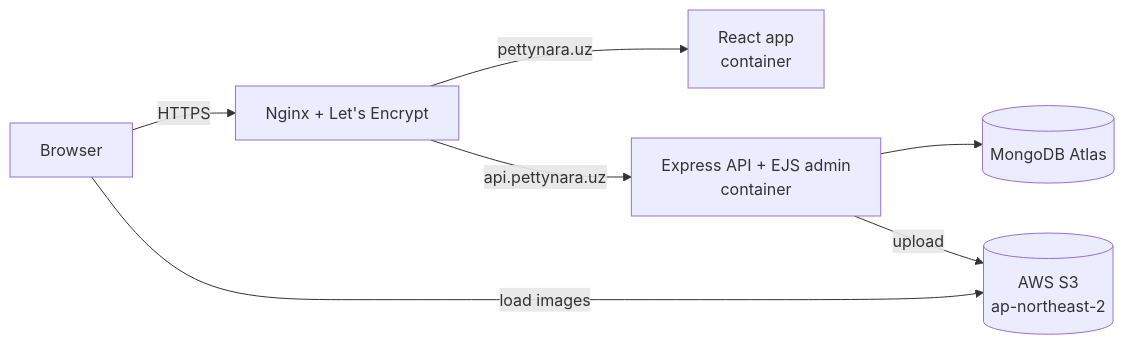
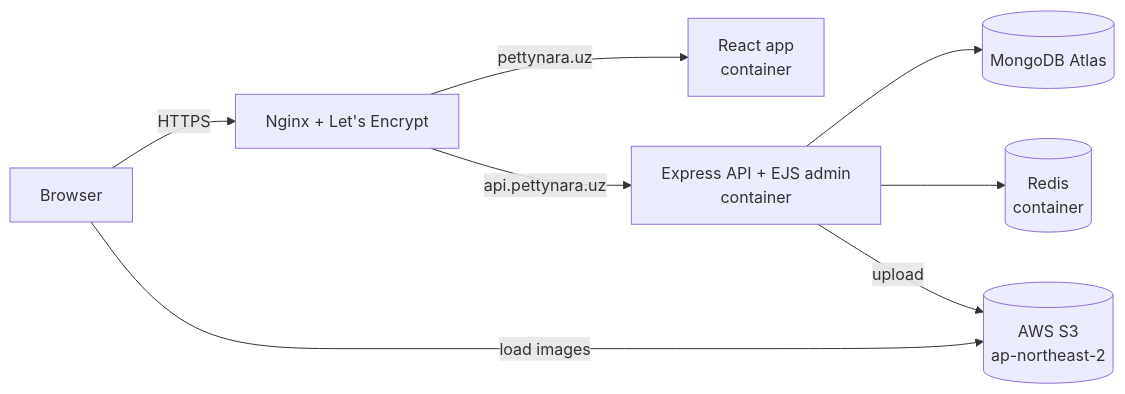
One commit to qazakhi515/pettynara changed the diagram in README.md. Above: the diagram before and after it, drawn with Mermaid. The commit also changed other lines of this file and 20 other files, not shown here.

````diff
--- a/README.md
+++ b/README.md
@@ -34,9 +36,10 @@
 ```mermaid
 flowchart LR
     U[Browser] -->|HTTPS| N[Nginx + Let's Encrypt]
     N -->|pettynara.uz| W[React app<br/>container]
     N -->|api.pettynara.uz| A[Express API + EJS admin<br/>container]
     A --> M[(MongoDB Atlas)]
+    A --> R[(Redis<br/>container)]
     A -->|upload| S[(AWS S3<br/>ap-northeast-2)]
     U -->|load images| S
 ```
````
